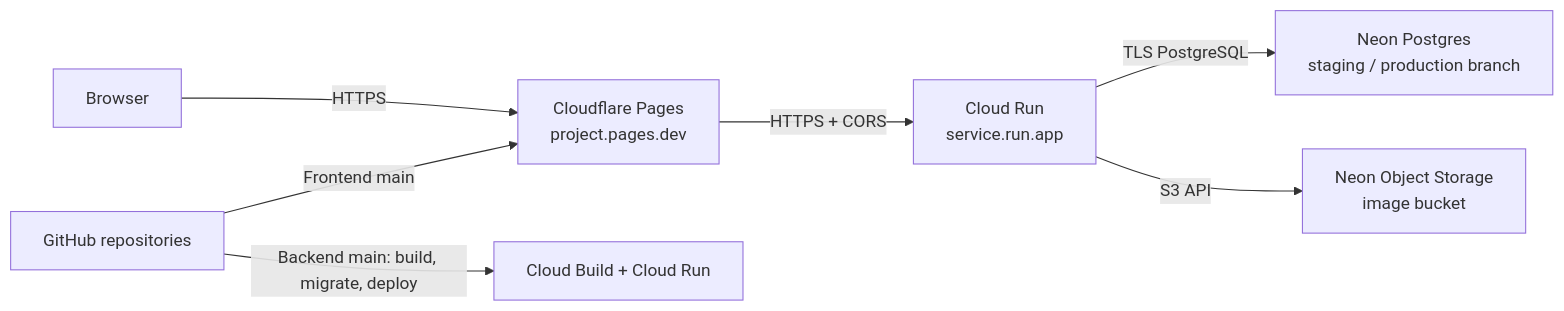
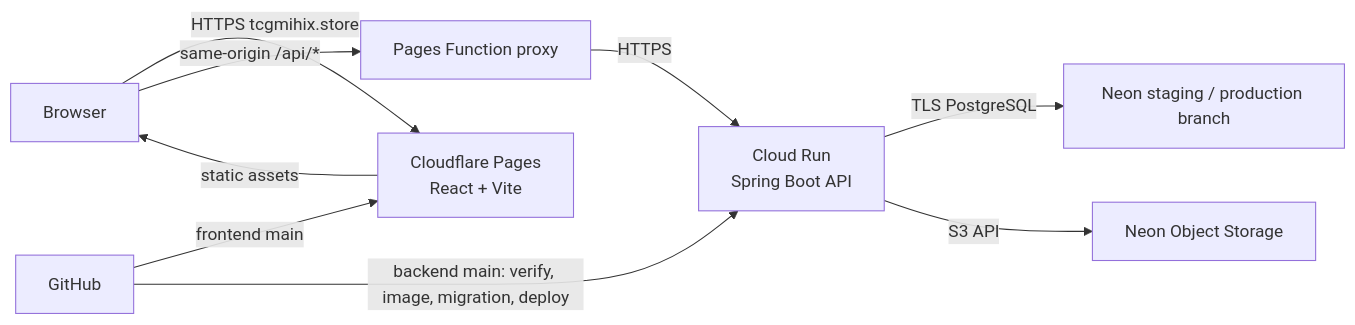
One commit to MUDST-2026-luntungsadungyong/tcg-store-backend changed the diagram in docs/cloud-deployment-plan-2026-11-10.md. Above: the diagram before and after it, drawn with Mermaid. The commit also changed other lines of this file, not shown here.

Commit message:
docs: update cloud plan for domain and GKE

````diff
--- a/docs/cloud-deployment-plan-2026-11-10.md
+++ b/docs/cloud-deployment-plan-2026-11-10.md
@@ -57,9 +62,11 @@
 ```mermaid
 flowchart LR
-  Browser -->|HTTPS| Pages[Cloudflare Pages<br/>project.pages.dev]
-  Pages -->|HTTPS + CORS| API[Cloud Run<br/>service.run.app]
-  API -->|TLS PostgreSQL| NeonDB[Neon Postgres<br/>staging / production branch]
-  API -->|S3 API| NeonOS[Neon Object Storage<br/>image bucket]
-  GH[GitHub repositories] -->|Frontend main| Pages
-  GH -->|Backend main: build, migrate, deploy| Run[Cloud Build + Cloud Run]
+  Browser -->|HTTPS tcgmihix.store| Pages[Cloudflare Pages<br/>React + Vite]
+  Pages -->|static assets| Browser
+  Browser -->|same-origin /api/*| Fn[Pages Function proxy]
+  Fn -->|HTTPS| Run[Cloud Run<br/>Spring Boot API]
+  Run -->|TLS PostgreSQL| Neon[Neon staging / production branch]
+  Run -->|S3 API| Objects[Neon Object Storage]
+  GH[GitHub] -->|frontend main| Pages
+  GH -->|backend main: verify, image, migration, deploy| Run
 ```
````
